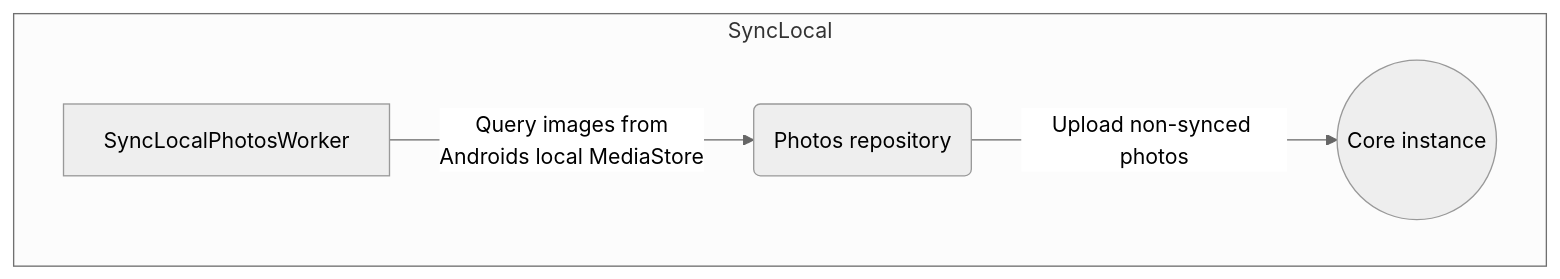
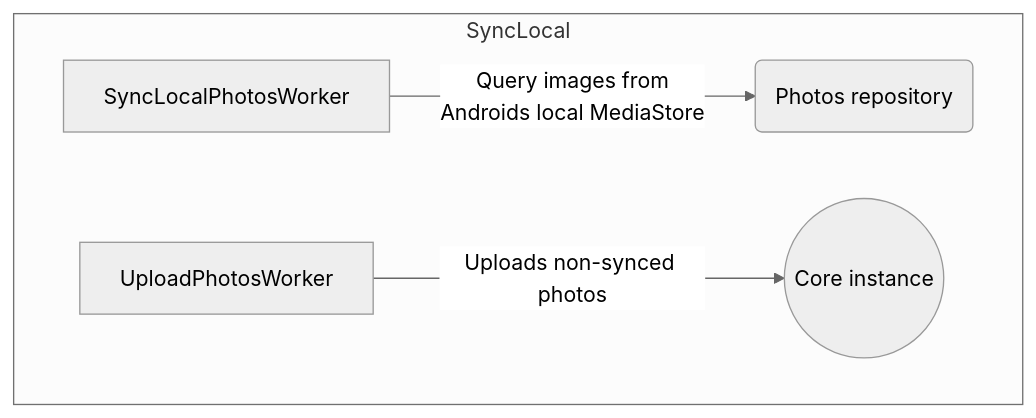
The second of 2 diagrams in README.md (photos-network/android), drawn with Mermaid (neutral theme) before and after one commit.

Commit message:
rename items

````diff
--- a/README.md
+++ b/README.md
@@ -35,10 +35,10 @@
 ```mermaid
   graph TB
     subgraph SyncLocal
-      worker[SyncLocalPhotosWorker]-- Query images from <br/>Androids local MediaStore --> repo(Photos repository)
+      worker1[SyncLocalPhotosWorker]-- Query images from <br/>Androids local MediaStore --> repo1(Photos repository)
     end
     
     subgraph SyncLocal
-      repo(Photos repository)-- Upload non-synced photos --> core((Core instance))
+      worker2[UploadPhotosWorker]-- Uploads non-synced photos --> core((Core instance))
     end
 ```
````
